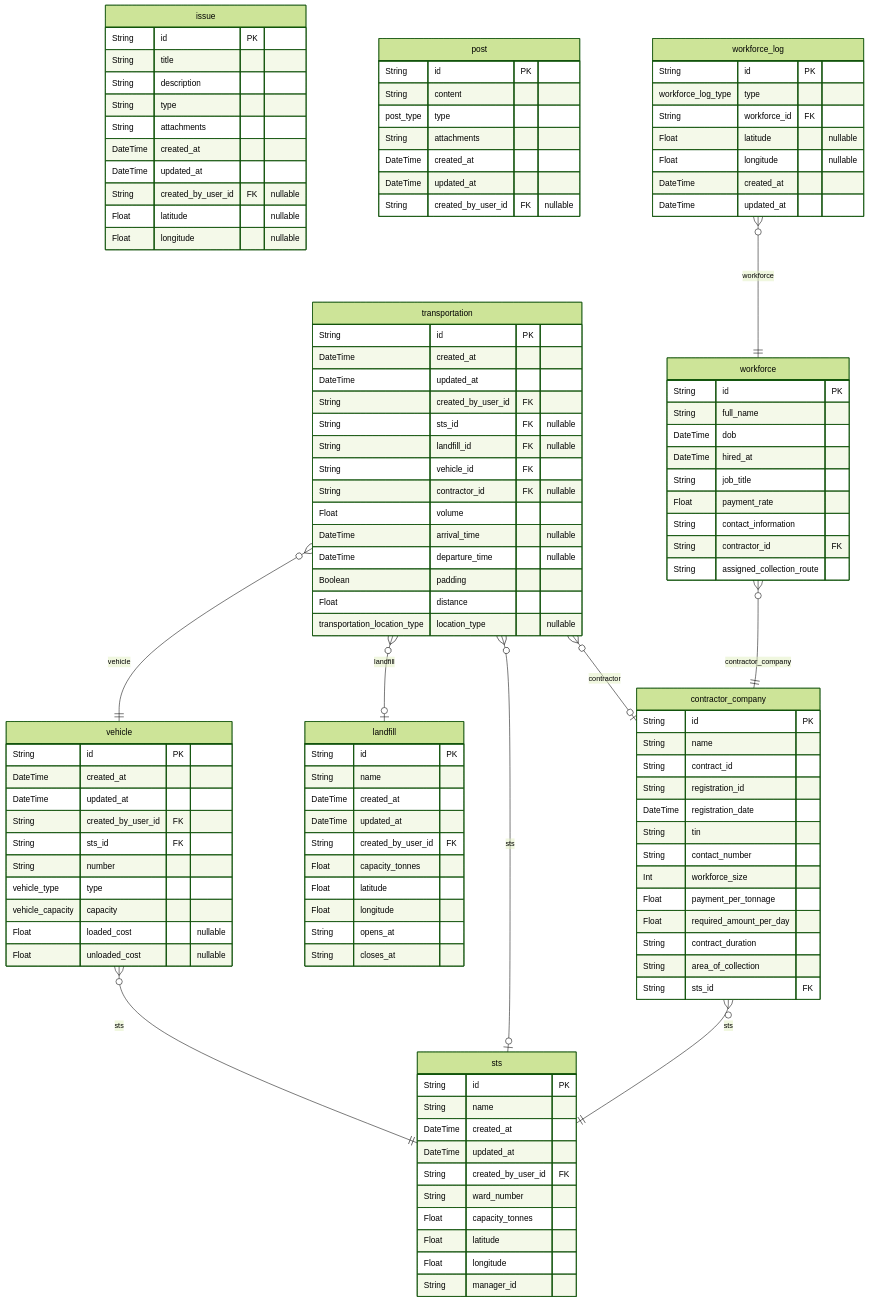
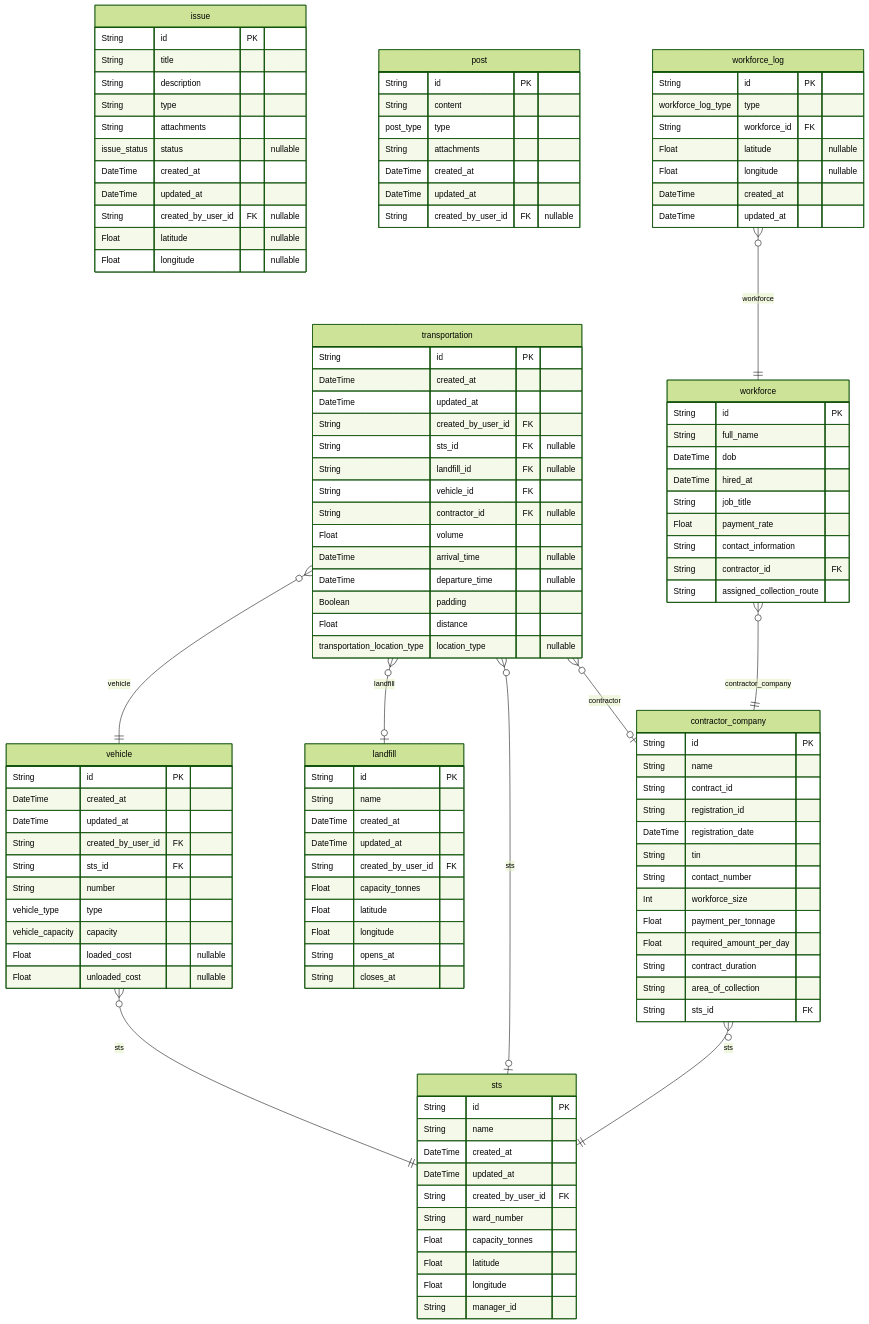
Before and after one commit to nurulhudaapon/codesamurai-final: the third of 3 diagrams in packages/db/README.md, drawn with Mermaid (forest theme). The commit also changed other lines of this file and 20 other files, not shown here.

```diff
--- a/packages/db/README.md
+++ b/packages/db/README.md
@@ -173,6 +173,7 @@
   String description
   String type
   String attachments
+  issue_status status "nullable"
   DateTime created_at
   DateTime updated_at
   String created_by_user_id FK "nullable"
```
